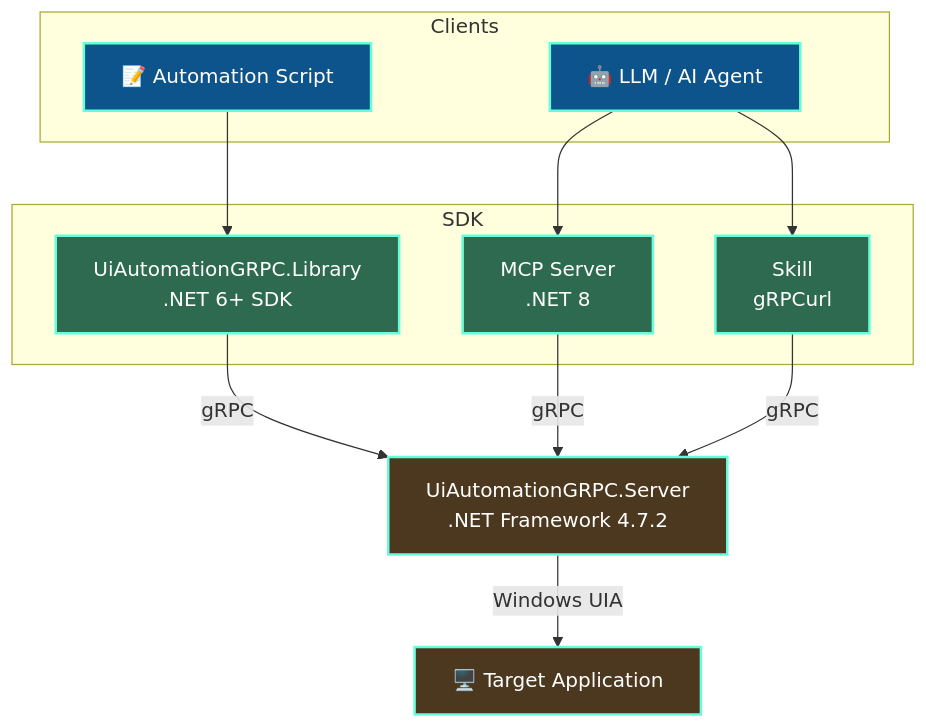
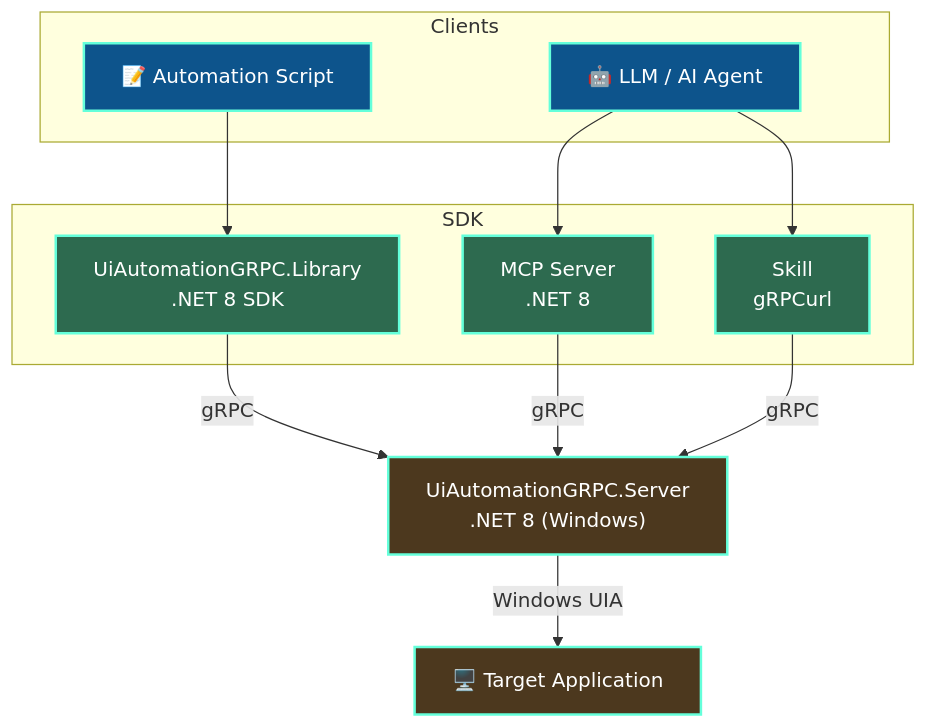
One commit to Donsezan/UiAutomationGRPC changed the second of 2 diagrams in README.md. Above: the diagram before and after it, drawn with Mermaid. The commit also changed other lines of this file and 7 other files, not shown here.

````diff
--- a/README.md
+++ b/README.md
@@ -128,29 +127,29 @@
 ```mermaid
 graph TD
     subgraph Clients
         Script["📝 Automation Script"]
         LLM["🤖 LLM / AI Agent"]
     end
 
     subgraph SDK
-        Library["UiAutomationGRPC.Library<br/>.NET 6+ SDK"]
+        Library["UiAutomationGRPC.Library<br/>.NET 8 SDK"]
         MCP["MCP Server<br/>.NET 8"]
         Skill["Skill<br/>gRPCurl"]
     end
 
     Script --> Library
     LLM --> MCP
     LLM --> Skill
-    Library -->|gRPC| Server["UiAutomationGRPC.Server<br/>.NET Framework 4.7.2"]
+    Library -->|gRPC| Server["UiAutomationGRPC.Server<br/>.NET 8 (Windows)"]
     MCP -->|gRPC| Server
     Skill -->|gRPC| Server
     Server -->|Windows UIA| Target["🖥️ Target Application"]
 
     classDef client fill:#0d548c,stroke:#64ffda,stroke-width:2px,color:#fff;
     classDef sdk fill:#2d6a4f,stroke:#64ffda,stroke-width:2px,color:#fff;
     classDef server fill:#4c381e,stroke:#64ffda,stroke-width:2px,color:#fff;
 
     class Script,LLM client;
     class Library,MCP,Skill sdk;
     class Server,Target server;
 ```
````
